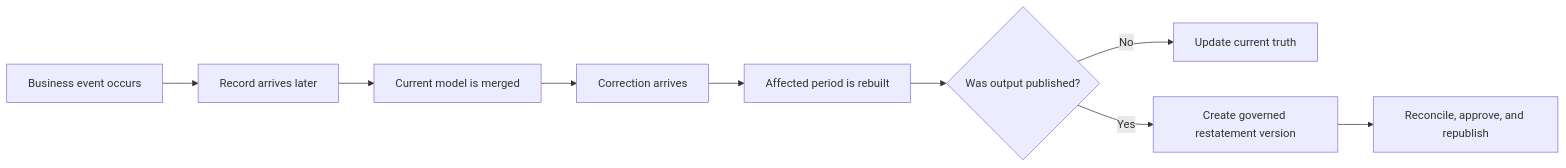
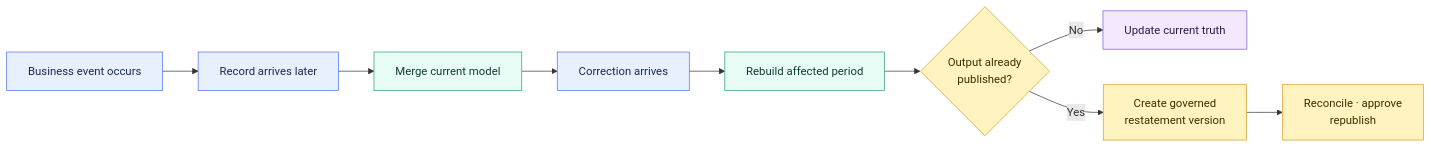
One commit to shonningsoy/Upskill changed the diagram in 02 dbt/02 Modeling Patterns and Layering/19 Late-arriving Data Corrections and Restatements.md. Above: the diagram before and after it, drawn with Mermaid. The commit also changed other lines of this file and 31 other files, not shown here.

````diff
--- a/02 dbt/02 Modeling Patterns and Layering/19 Late-arriving Data Corrections and Restatements.md
+++ b/02 dbt/02 Modeling Patterns and Layering/19 Late-arriving Data Corrections and Restatements.md
@@ -66,11 +67,22 @@
 ```mermaid
 flowchart LR
-    A["Business event occurs"] --> B["Record arrives later"]
-    B --> C["Current model is merged"]
-    C --> D["Correction arrives"]
-    D --> E["Affected period is rebuilt"]
-    E --> F{"Was output published?"}
-    F -- "No" --> G["Update current truth"]
-    F -- "Yes" --> H["Create governed restatement version"]
-    H --> I["Reconcile, approve, and republish"]
+    EVENT["Business event occurs"] --> ARRIVE["Record arrives later"]
+    ARRIVE --> MERGE["Merge current model"]
+    MERGE --> CORRECT["Correction arrives"]
+    CORRECT --> REBUILD["Rebuild affected period"]
+    REBUILD --> PUBLISHED{"Output already<br/>published?"}
+    PUBLISHED -- "No" --> CURRENT["Update current truth"]
+    PUBLISHED -- "Yes" --> RESTATE["Create governed<br/>restatement version"]
+    RESTATE --> APPROVE["Reconcile · approve<br/>republish"]
+
+    classDef input fill:#E8F0FE,stroke:#4C6EF5,color:#172B4D
+    classDef control fill:#FFF3BF,stroke:#D69E2E,color:#3D2E00
+    classDef dbt fill:#E6FCF5,stroke:#2F9E7B,color:#123C34
+    classDef platform fill:#F1F3F5,stroke:#868E96,color:#212529
+    classDef output fill:#F3E8FF,stroke:#805AD5,color:#2D1B4E
+
+    class EVENT,ARRIVE,CORRECT input
+    class MERGE,REBUILD dbt
+    class PUBLISHED,RESTATE,APPROVE control
+    class CURRENT output
 ```
````
